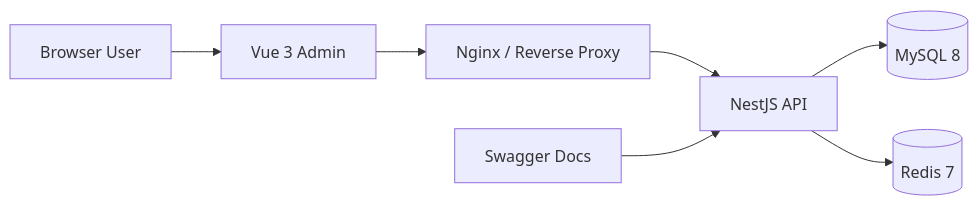
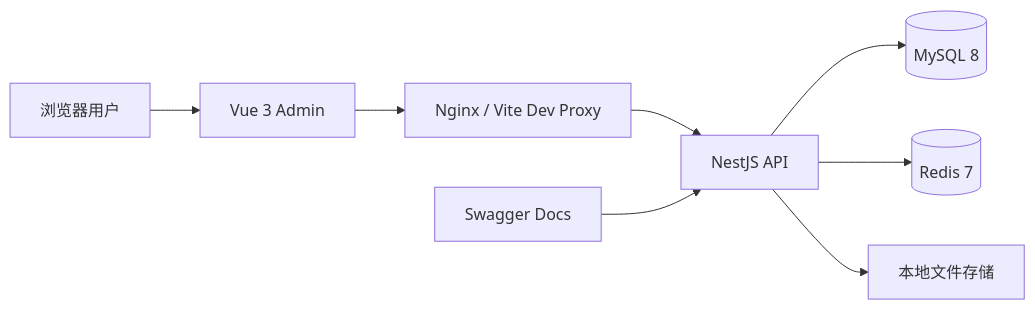
The first of 2 diagrams in architecture/overview.md (Liu-code3/luckyColor-docs), drawn with Mermaid before and after one commit. The commit also changed other lines of this file and 19 other files, not shown here.

````diff
--- a/architecture/overview.md
+++ b/architecture/overview.md
@@ -5,17 +9,19 @@
 ```mermaid
 flowchart LR
-    User[Browser User]
+    User[浏览器用户]
     Admin[Vue 3 Admin]
-    Nginx[Nginx / Reverse Proxy]
+    Nginx[Nginx / Vite Dev Proxy]
     Api[NestJS API]
     Mysql[(MySQL 8)]
     Redis[(Redis 7)]
+    Storage[本地文件存储]
     Swagger[Swagger Docs]
 
     User --> Admin
     Admin --> Nginx
     Nginx --> Api
     Api --> Mysql
     Api --> Redis
+    Api --> Storage
     Swagger --> Api
 ```
````
